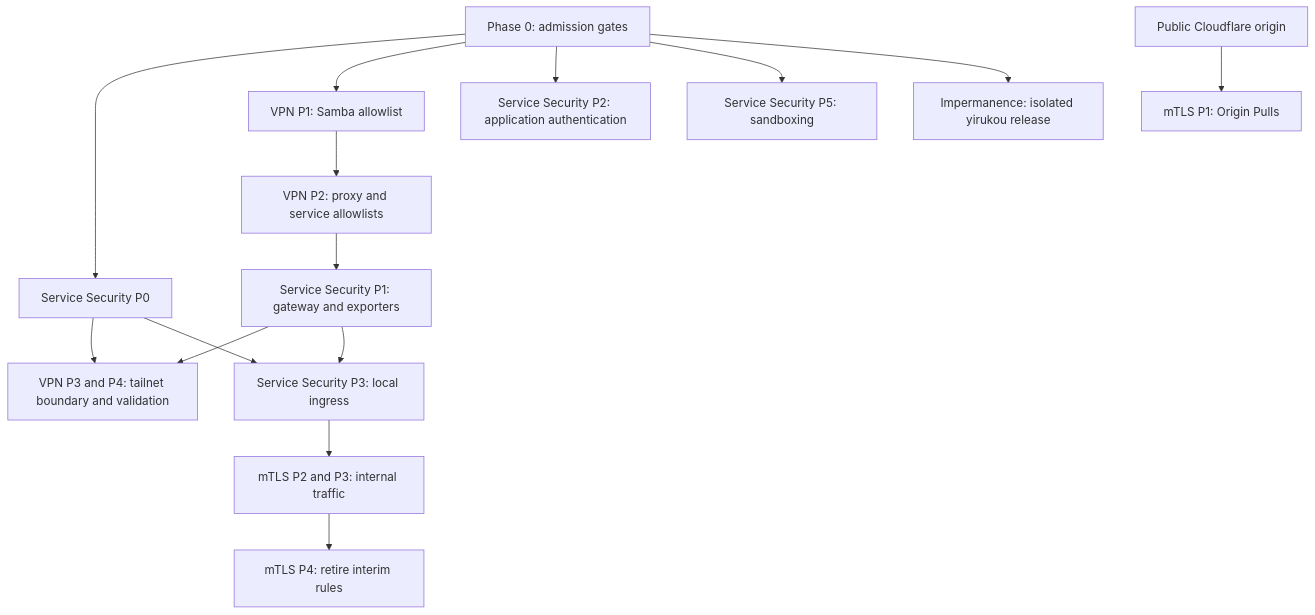
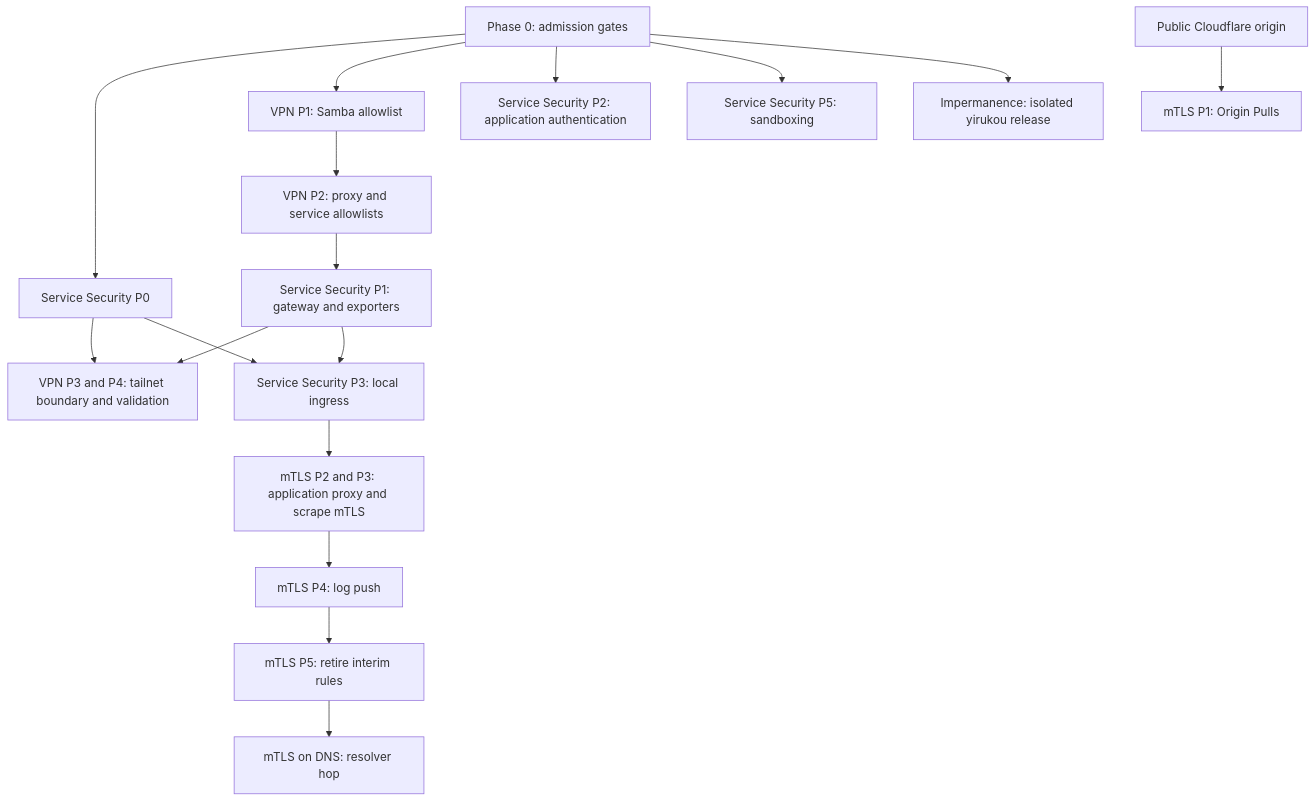
One commit to categoricalcat/nixos changed the diagram in docs/src/plans/architecture-rollout-plan.md. Above: the diagram before and after it, drawn with Mermaid. The commit also changed other lines of this file and 4 other files, not shown here.

First line of the commit message:
Revise the architecture plans against the deployed ingress.

````diff
--- a/docs/src/plans/architecture-rollout-plan.md
+++ b/docs/src/plans/architecture-rollout-plan.md
@@ -177,32 +190,36 @@
 ```mermaid
 flowchart TD
     preflight["Phase 0: admission gates"]
     securityP0["Service Security P0"]
     vpnP1["VPN P1: Samba allowlist"]
     vpnP2["VPN P2: proxy and service allowlists"]
     securityP1["Service Security P1: gateway and exporters"]
     vpnP3["VPN P3 and P4: tailnet boundary and validation"]
     securityP2["Service Security P2: application authentication"]
     securityP5["Service Security P5: sandboxing"]
     securityP3["Service Security P3: local ingress"]
-    mtlsInternal["mTLS P2 and P3: internal traffic"]
-    mtlsP4["mTLS P4: retire interim rules"]
+    mtlsInternal["mTLS P2 and P3: application proxy and scrape mTLS"]
+    mtlsLogs["mTLS P4: log push"]
+    mtlsP4["mTLS P5: retire interim rules"]
+    mtlsDns["mTLS on DNS: resolver hop"]
     impermanence["Impermanence: isolated yirukou release"]
     publicOrigin["Public Cloudflare origin"]
     mtlsEdge["mTLS P1: Origin Pulls"]
 
     preflight --> securityP0
     preflight --> vpnP1
     preflight --> securityP2
     preflight --> securityP5
     securityP0 --> vpnP3
     vpnP1 --> vpnP2
     vpnP2 --> securityP1
     securityP1 --> vpnP3
     securityP0 --> securityP3
     securityP1 --> securityP3
     securityP3 --> mtlsInternal
-    mtlsInternal --> mtlsP4
+    mtlsInternal --> mtlsLogs
+    mtlsLogs --> mtlsP4
+    mtlsP4 --> mtlsDns
     preflight --> impermanence
     publicOrigin --> mtlsEdge
 ```
````
